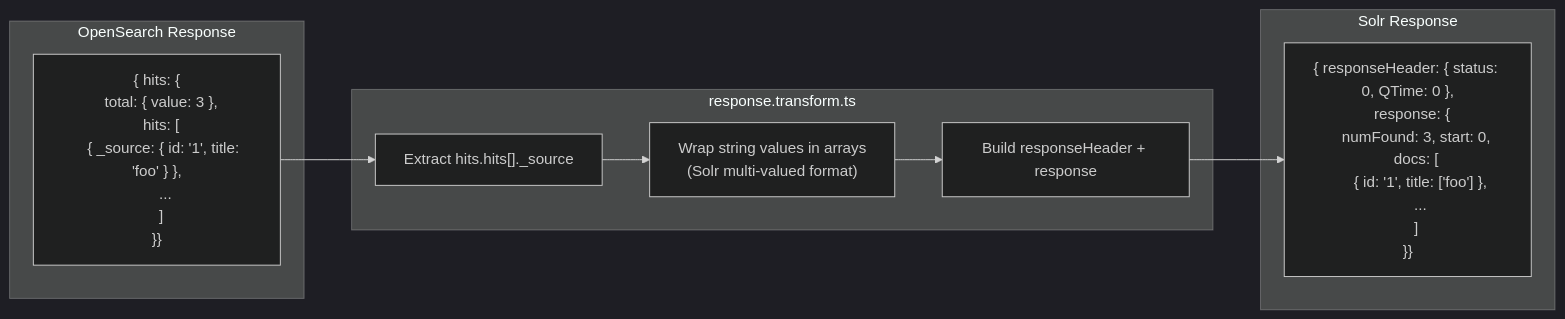
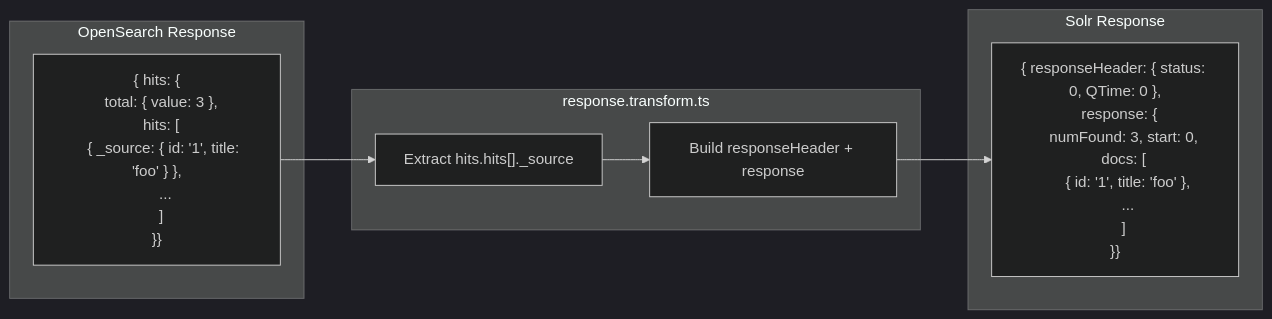
One commit to opensearch-project/opensearch-migrations changed the fourth of 6 diagrams in TrafficCapture/SolrTransformations/docs/TRANSFORMS.md. Above: the diagram before and after it, drawn with Mermaid (dark theme). The commit also changed other lines of this file and 11 other files, not shown here.

````diff
--- a/TrafficCapture/SolrTransformations/docs/TRANSFORMS.md
+++ b/TrafficCapture/SolrTransformations/docs/TRANSFORMS.md
@@ -151,18 +151,17 @@
 ```mermaid
 graph LR
     subgraph Input["OpenSearch Response"]
         A["{ hits: {<br/>  total: { value: 3 },<br/>  hits: [<br/>    { _source: { id: '1', title: 'foo' } },<br/>    ...<br/>  ]<br/>}}"]
     end
 
     subgraph Transform["response.transform.ts"]
         B["Extract hits.hits[]._source"]
-        C["Wrap string values in arrays<br/>(Solr multi-valued format)"]
-        D["Build responseHeader + response"]
+        C["Build responseHeader + response"]
     end
 
     subgraph Output["Solr Response"]
-        E["{ responseHeader: { status: 0, QTime: 0 },<br/>  response: {<br/>    numFound: 3, start: 0,<br/>    docs: [<br/>      { id: '1', title: ['foo'] },<br/>      ...<br/>    ]<br/>}}"]
+        E["{ responseHeader: { status: 0, QTime: 0 },<br/>  response: {<br/>    numFound: 3, start: 0,<br/>    docs: [<br/>      { id: '1', title: 'foo' },<br/>      ...<br/>    ]<br/>}}"]
     end
 
-    A --> B --> C --> D --> E
+    A --> B --> C --> E
 ```
````
